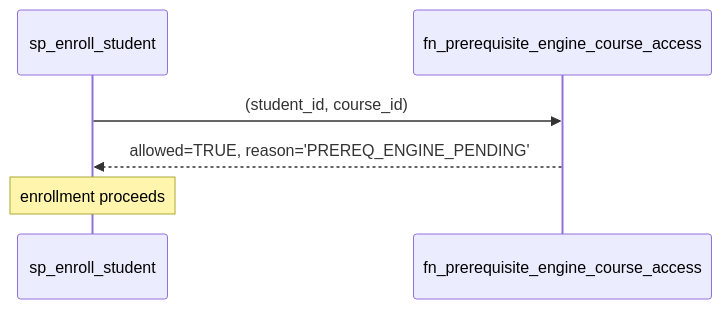
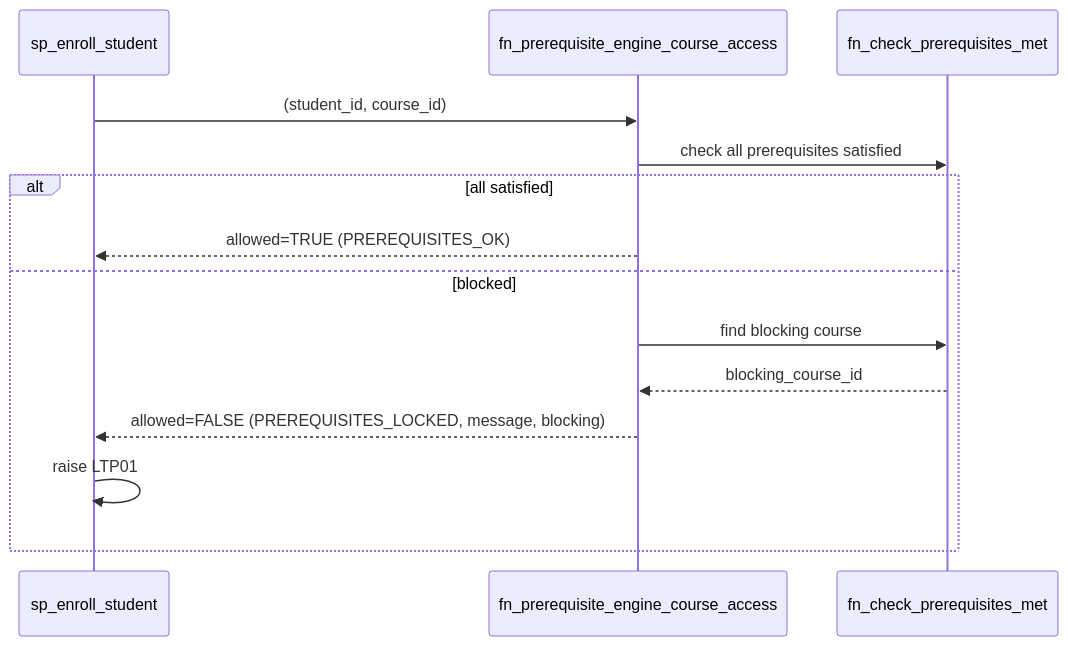
One commit to saika-sarara/DBMS-2-Project changed the first of 2 diagrams in Learnova/docs/database-design/prerequisite.md. Above: the diagram before and after it, drawn with Mermaid. The commit also changed other lines of this file and 300 other files, not shown here.

````diff
--- a/Learnova/docs/database-design/prerequisite.md
+++ b/Learnova/docs/database-design/prerequisite.md
@@ -35,8 +37,16 @@
 ```mermaid
 sequenceDiagram
     participant E as sp_enroll_student
     participant P as fn_prerequisite_engine_course_access
+    participant M as fn_check_prerequisites_met
     E->>P: (student_id, course_id)
-    P-->>E: allowed=TRUE, reason='PREREQ_ENGINE_PENDING'
-    Note over E: enrollment proceeds
+    P->>M: check all prerequisites satisfied
+    alt all satisfied
+        P-->>E: allowed=TRUE (PREREQUISITES_OK)
+    else blocked
+        P->>M: find blocking course
+        M-->>P: blocking_course_id
+        P-->>E: allowed=FALSE (PREREQUISITES_LOCKED, message, blocking)
+        E->>E: raise LTP01
+    end
 ```
````
